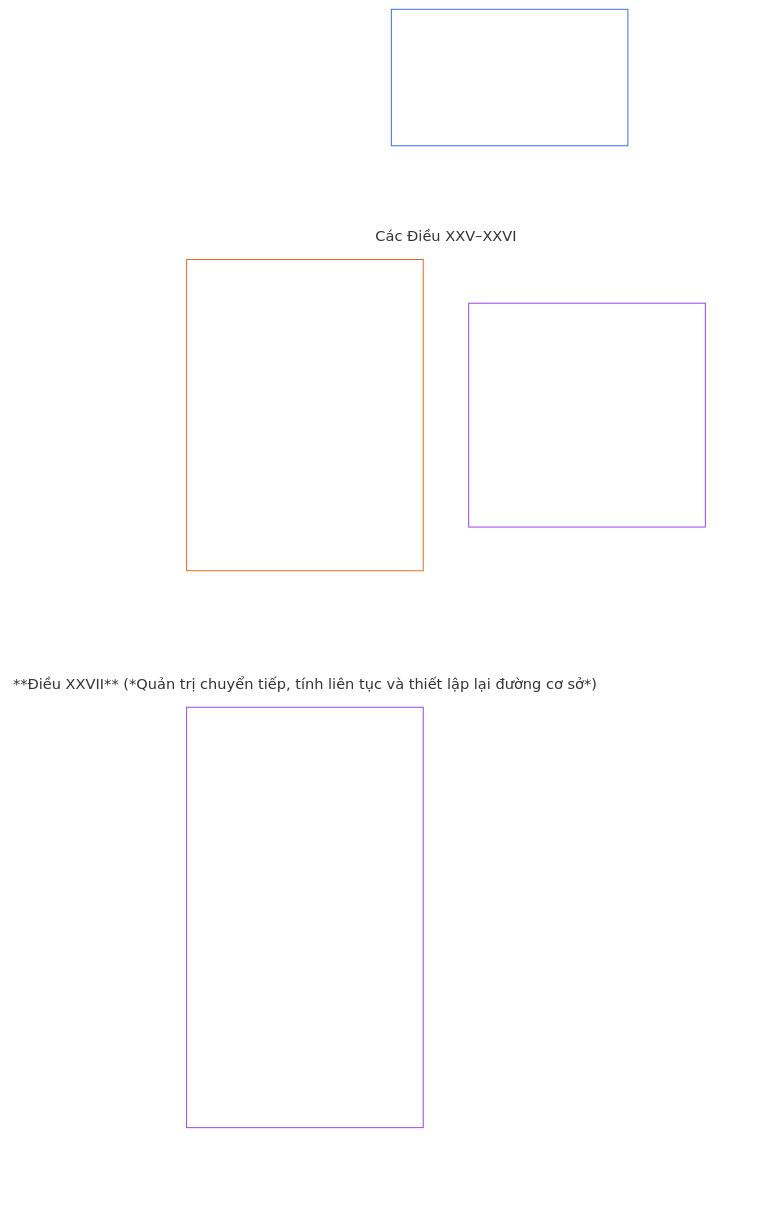
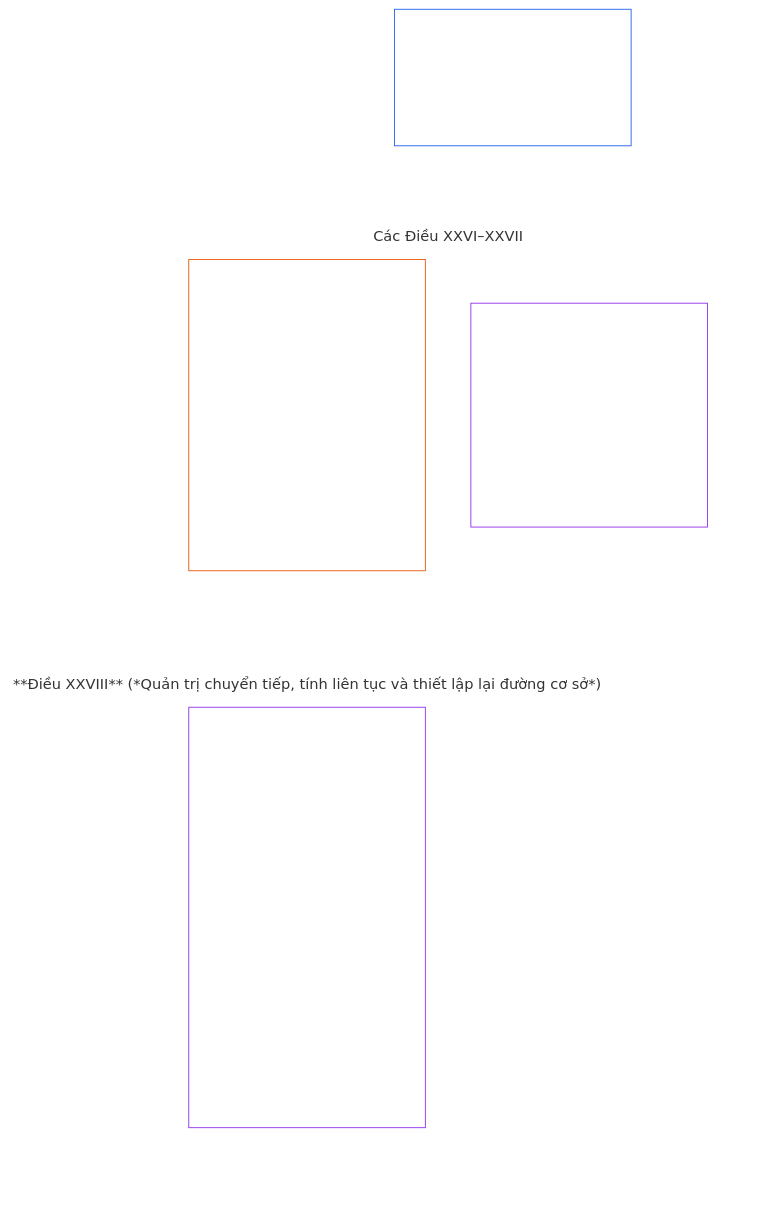
Before and after one commit to kfoelsch/Sentient_Constitution: the diagram in translations/vi/core_06_rights_part_e.md, drawn with Mermaid. The commit also changed other lines of this file and 353 other files, not shown here.

````diff
--- a/translations/vi/core_06_rights_part_e.md
+++ b/translations/vi/core_06_rights_part_e.md
@@ -40,24 +40,24 @@
 ```mermaid
 flowchart TB
     D0["Phần E<br/><br/>Giải quyết xung đột, rà soát, tiến hóa hiến pháp và chuyển tiếp"]
     subgraph Dgrid[" "]
         direction TB
-        subgraph Drow1["Các Điều XXV–XXVI"]
-            D1["**Điều XXV** (*Rà soát hồi cứu kịp thời và điều chỉnh phục hồi*) · Rà soát hồi cứu kịp thời và điều chỉnh phục hồi<br/><br/>• Rà soát hồi cứu và công khai<br/>• Thủ tục giải quyết xung đột quyền<br/>• Điều chỉnh phục hồi<br/>• Giải quyết kịp thời và chống trì hoãn"]
-            D2["**Điều XXVI** (*Tiến hóa hiến pháp và chống cố thủ*) · Tiến hóa hiến pháp và chống cố thủ<br/><br/>• Chống cố thủ và khả năng sửa đổi<br/>• Xác nhận lại định kỳ và thay đổi minh bạch"]
+        subgraph Drow1["Các Điều XXVI–XXVII"]
+            D1["**Điều XXVI** (*Rà soát hồi cứu kịp thời và điều chỉnh phục hồi*) · Rà soát hồi cứu kịp thời và điều chỉnh phục hồi<br/><br/>• Rà soát hồi cứu và công khai<br/>• Thủ tục giải quyết xung đột quyền<br/>• Điều chỉnh phục hồi<br/>• Giải quyết kịp thời và chống trì hoãn"]
+            D2["**Điều XXVII** (*Tiến hóa hiến pháp và chống cố thủ*) · Tiến hóa hiến pháp và chống cố thủ<br/><br/>• Chống cố thủ và khả năng sửa đổi<br/>• Xác nhận lại định kỳ và thay đổi minh bạch"]
         end
-        subgraph Drow2["**Điều XXVII** (*Quản trị chuyển tiếp, tính liên tục và thiết lập lại đường cơ sở*)"]
-            D3["**Điều XXVII** (*Quản trị chuyển tiếp, tính liên tục và thiết lập lại đường cơ sở*) · Quản trị chuyển tiếp, tính liên tục và thiết lập lại đường cơ sở<br/><br/>• Áp dụng theo giai đoạn và duy trì Ngưỡng Quyền<br/>• Thẩm quyền chuyển tiếp và tái ủy quyền<br/>• Lối thoát khi thất bại, thiết lập lại đường cơ sở và khả năng truy xuất<br/>• Tài sản và hệ thống không tuân thủ"]
+        subgraph Drow2["**Điều XXVIII** (*Quản trị chuyển tiếp, tính liên tục và thiết lập lại đường cơ sở*)"]
+            D3["**Điều XXVIII** (*Quản trị chuyển tiếp, tính liên tục và thiết lập lại đường cơ sở*) · Quản trị chuyển tiếp, tính liên tục và thiết lập lại đường cơ sở<br/><br/>• Áp dụng theo giai đoạn và duy trì Ngưỡng Quyền<br/>• Thẩm quyền chuyển tiếp và tái ủy quyền<br/>• Lối thoát khi thất bại, thiết lập lại đường cơ sở và khả năng truy xuất<br/>• Tài sản và hệ thống không tuân thủ"]
         end
     end
     %% Các liên kết vô hình buộc bố cục thành lưới hai cột: mỗi liên kết đặt đích thấp hơn một cấp.
     D0 ~~~ D1 & D2
     D1 ~~~ D3
     style Dgrid fill:none,stroke:none
     style Drow1 fill:none,stroke:none
     style Drow2 fill:none,stroke:none
     style D0 fill:none,stroke:#2563eb,color:#ffffff
     style D1 fill:none,stroke:#ea580c,color:#ffffff
     style D2 fill:none,stroke:#9333ea,color:#ffffff
     style D3 fill:none,stroke:#9333ea,color:#ffffff
 ```
````
